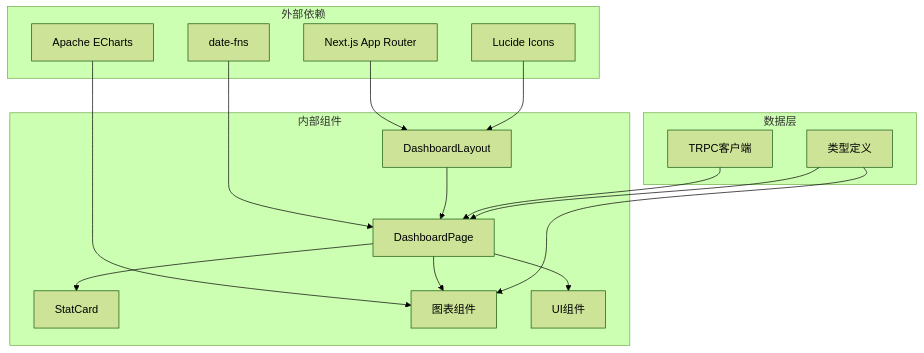
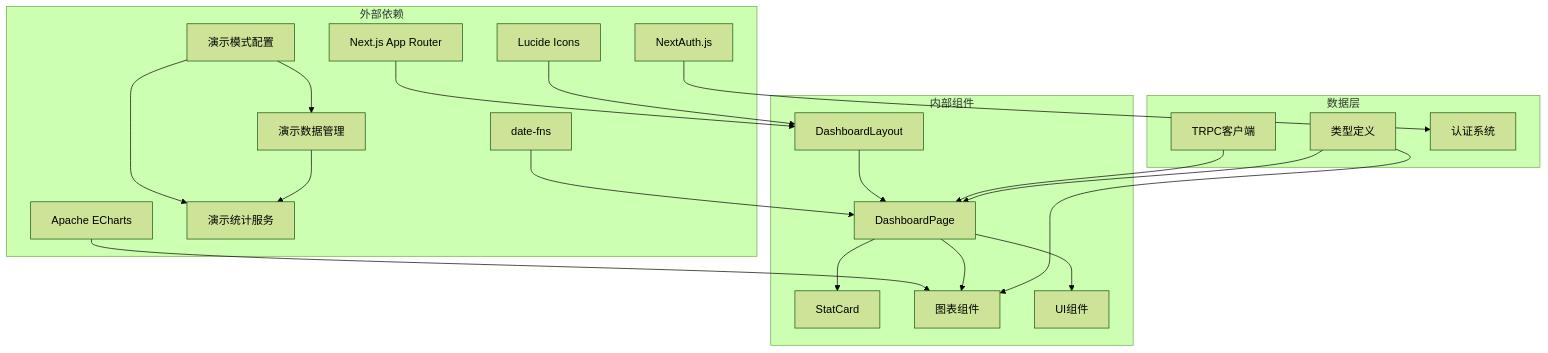
One commit to RadiumAg/AIGate changed diagram 15 of 15 in .qoder/repowiki/zh/content/前端组件/仪表板布局.md. Above: the diagram before and after it, drawn with Mermaid (forest theme). The commit also changed other lines of this file and 11 other files, not shown here.

````diff
--- a/.qoder/repowiki/zh/content/前端组件/仪表板布局.md
+++ b/.qoder/repowiki/zh/content/前端组件/仪表板布局.md
@@ -521,31 +636,40 @@
 ```mermaid
 graph TB
 subgraph "外部依赖"
 NextJS["Next.js App Router"]
 Lucide["Lucide Icons"]
 ECharts["Apache ECharts"]
 DateFns["date-fns"]
+NextAuth["NextAuth.js"]
+DemoConfig["演示模式配置"]
+DemoData["演示数据管理"]
+DemoStats["演示统计服务"]
 end
 subgraph "内部组件"
 DashboardLayout["DashboardLayout"]
 DashboardPage["DashboardPage"]
 StatCard["StatCard"]
 Charts["图表组件"]
 UIComponents["UI组件"]
 end
 subgraph "数据层"
 TRPC["TRPC客户端"]
 Types["类型定义"]
+Auth["认证系统"]
 end
 NextJS --> DashboardLayout
 Lucide --> DashboardLayout
 ECharts --> Charts
 DateFns --> DashboardPage
+NextAuth --> Auth
 DashboardLayout --> DashboardPage
 DashboardPage --> StatCard
 DashboardPage --> Charts
 DashboardPage --> UIComponents
 TRPC --> DashboardPage
 Types --> DashboardPage
 Types --> Charts
+DemoConfig --> DemoData
+DemoConfig --> DemoStats
+DemoData --> DemoStats
 ```
````
